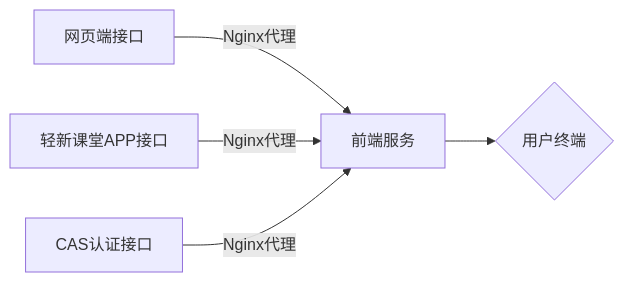
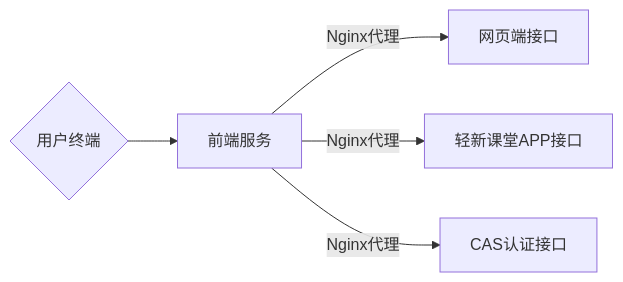
The first of 2 diagrams in README.md (57Darling02/BjtuCoursePlatform), drawn with Mermaid before and after one commit. The commit also changed other lines of this file and 7 other files, not shown here.

````diff
--- a/README.md
+++ b/README.md
@@ -66,7 +71,7 @@
   ```mermaid
   graph LR
-    A[网页端接口] -->|Nginx代理| C
-    B[轻新课堂APP接口] -->|Nginx代理| C
-    D[CAS认证接口] -->|Nginx代理| C
-    C[前端服务] --> E{用户终端}
+    C -->|Nginx代理| A[网页端接口]
+    C -->|Nginx代理| B[轻新课堂APP接口]
+    C -->|Nginx代理| D[CAS认证接口]
+    E{用户终端} --> C[前端服务]
   ```
````
